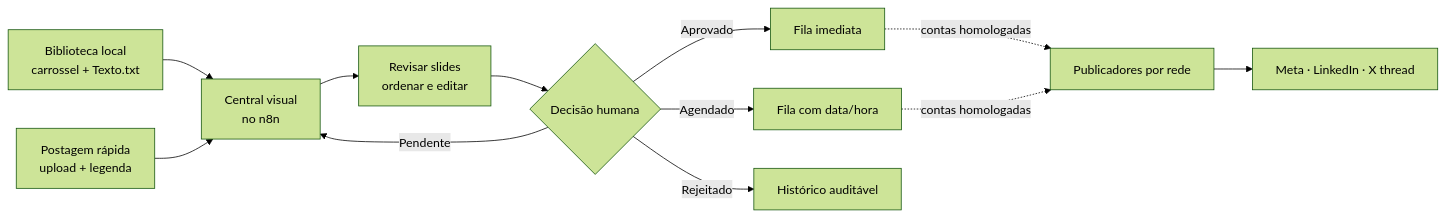
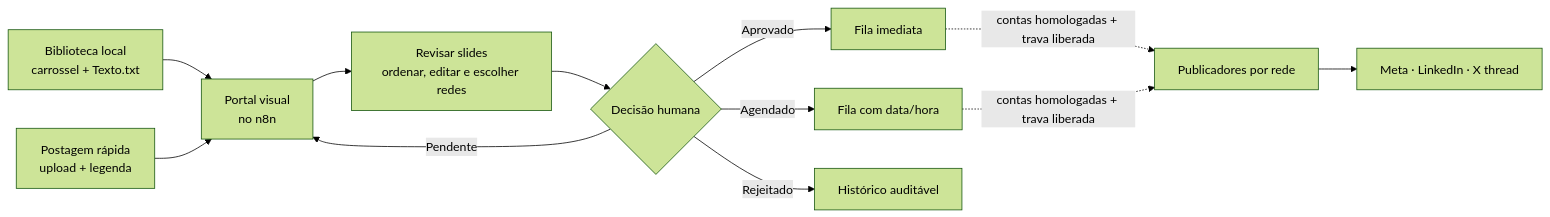
Before and after one commit to Mayconxzdev/PostagemRedes: the diagram in README.md, drawn with Mermaid (forest theme). The commit also changed other lines of this file and 23 other files, not shown here.

````diff
--- a/README.md
+++ b/README.md
@@ -44,14 +54,14 @@
 ```mermaid
 flowchart LR
-    A["Biblioteca local\ncarrossel + Texto.txt"] --> C["Central visual\nno n8n"]
+    A["Biblioteca local\ncarrossel + Texto.txt"] --> C["Portal visual\nno n8n"]
     B["Postagem rápida\nupload + legenda"] --> C
-    C --> D["Revisar slides\nordenar e editar"]
+    C --> D["Revisar slides\nordenar, editar e escolher redes"]
     D --> E{"Decisão humana"}
     E -->|"Pendente"| C
     E -->|"Aprovado"| F["Fila imediata"]
     E -->|"Agendado"| G["Fila com data/hora"]
     E -->|"Rejeitado"| H["Histórico auditável"]
-    F -. "contas homologadas" .-> I["Publicadores por rede"]
-    G -. "contas homologadas" .-> I
+    F -. "contas homologadas + trava liberada" .-> I["Publicadores por rede"]
+    G -. "contas homologadas + trava liberada" .-> I
     I --> J["Meta · LinkedIn · X thread"]
 ```
````
